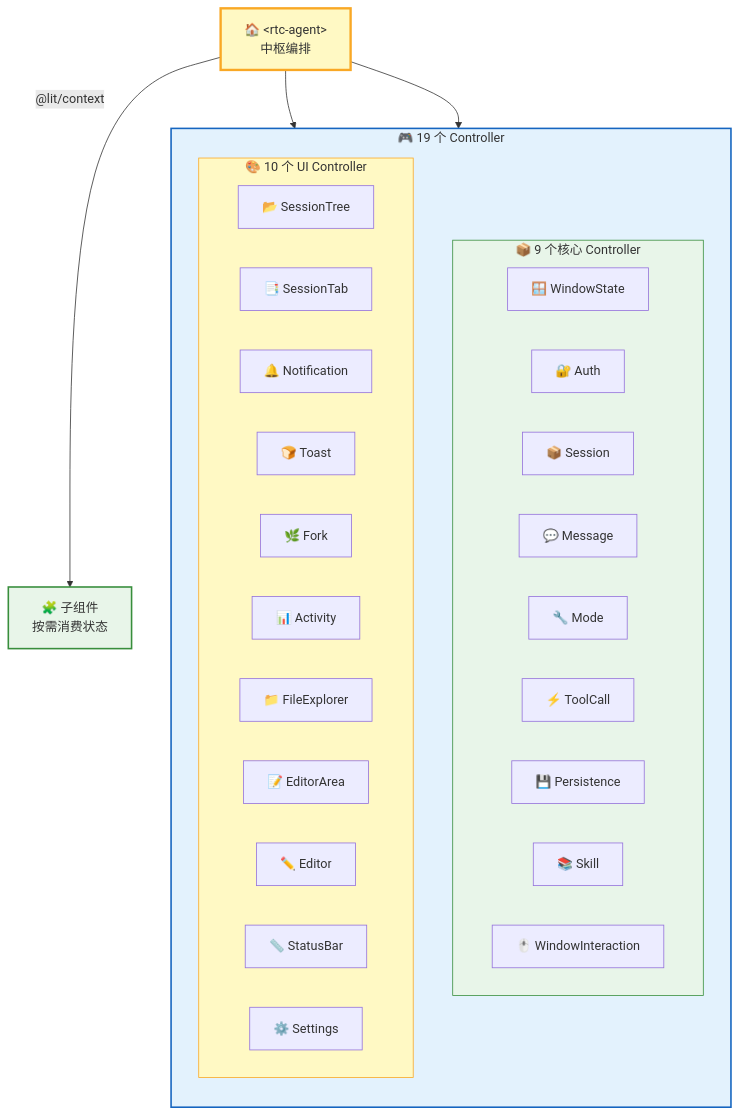
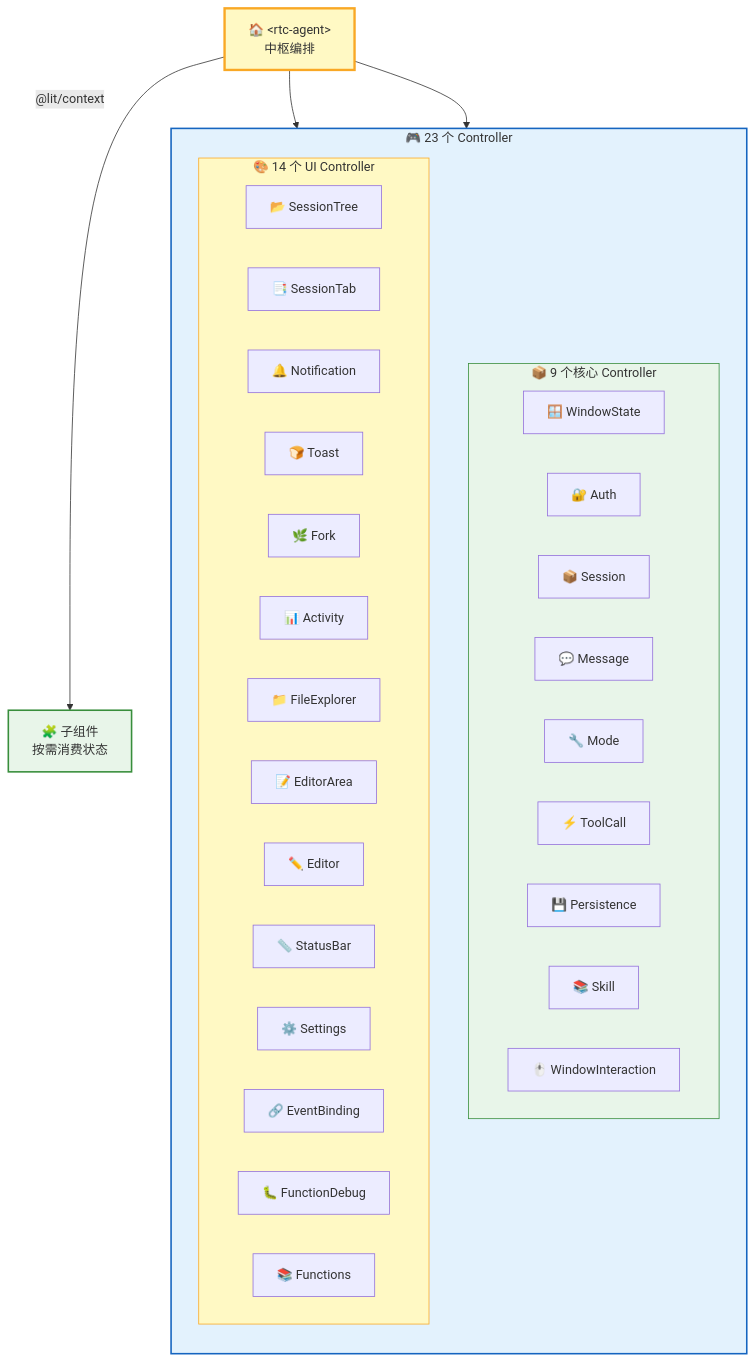
The third of 10 diagrams in src/content/docs/architecture/frontend.md (rtc-agent/docs), drawn with Mermaid before and after one commit. The commit also changed other lines of this file and 3 other files, not shown here.

First line of the commit message:
docs(architecture): add testing & quality section to frontend architecture docs

````diff
--- a/src/content/docs/architecture/frontend.md
+++ b/src/content/docs/architecture/frontend.md
@@ -115,41 +115,44 @@
 ```mermaid
 flowchart TD
-    subgraph CONTROLLERS["🎮 19 个 Controller"]
+    subgraph CONTROLLERS["🎮 23 个 Controller"]
         direction TB
         subgraph CORE["📦 9 个核心 Controller"]
             C1["🪟 WindowState"]
             C2["🔐 Auth"]
             C3["📦 Session"]
             C4["💬 Message"]
             C5["🔧 Mode"]
             C6["⚡ ToolCall"]
             C7["💾 Persistence"]
             C8["📚 Skill"]
             C9["🖱️ WindowInteraction"]
         end
-        subgraph UI["🎨 10 个 UI Controller"]
+        subgraph UI["🎨 14 个 UI Controller"]
             C10["📂 SessionTree"]
             C11["📑 SessionTab"]
             C12["🔔 Notification"]
             C13["🍞 Toast"]
             C14["🌿 Fork"]
             C15["📊 Activity"]
             C16["📁 FileExplorer"]
             C17["📝 EditorArea"]
             C18["✏️ Editor"]
             C19["📏 StatusBar"]
             C20["⚙️ Settings"]
+            C21["🔗 EventBinding"]
+            C22["🐛 FunctionDebug"]
+            C23["📚 Functions"]
         end
     end
 
     ROOT["🏠 &lt;rtc-agent&gt;<br/>中枢编排"] --> CORE
     ROOT --> UI
 
     ROOT -->|"@lit/context"| CHILDREN["🧩 子组件<br/>按需消费状态"]
 
     style ROOT fill:#fff9c4,stroke:#f9a825,stroke-width:3px
     style CONTROLLERS fill:#e3f2fd,stroke:#1565c0,stroke-width:2px
     style CORE fill:#e8f5e9,stroke:#388e3c,stroke-width:1px
     style UI fill:#fff9c4,stroke:#f9a825,stroke-width:1px
     style CHILDREN fill:#e8f5e9,stroke:#388e3c,stroke-width:2px
 ```
````
